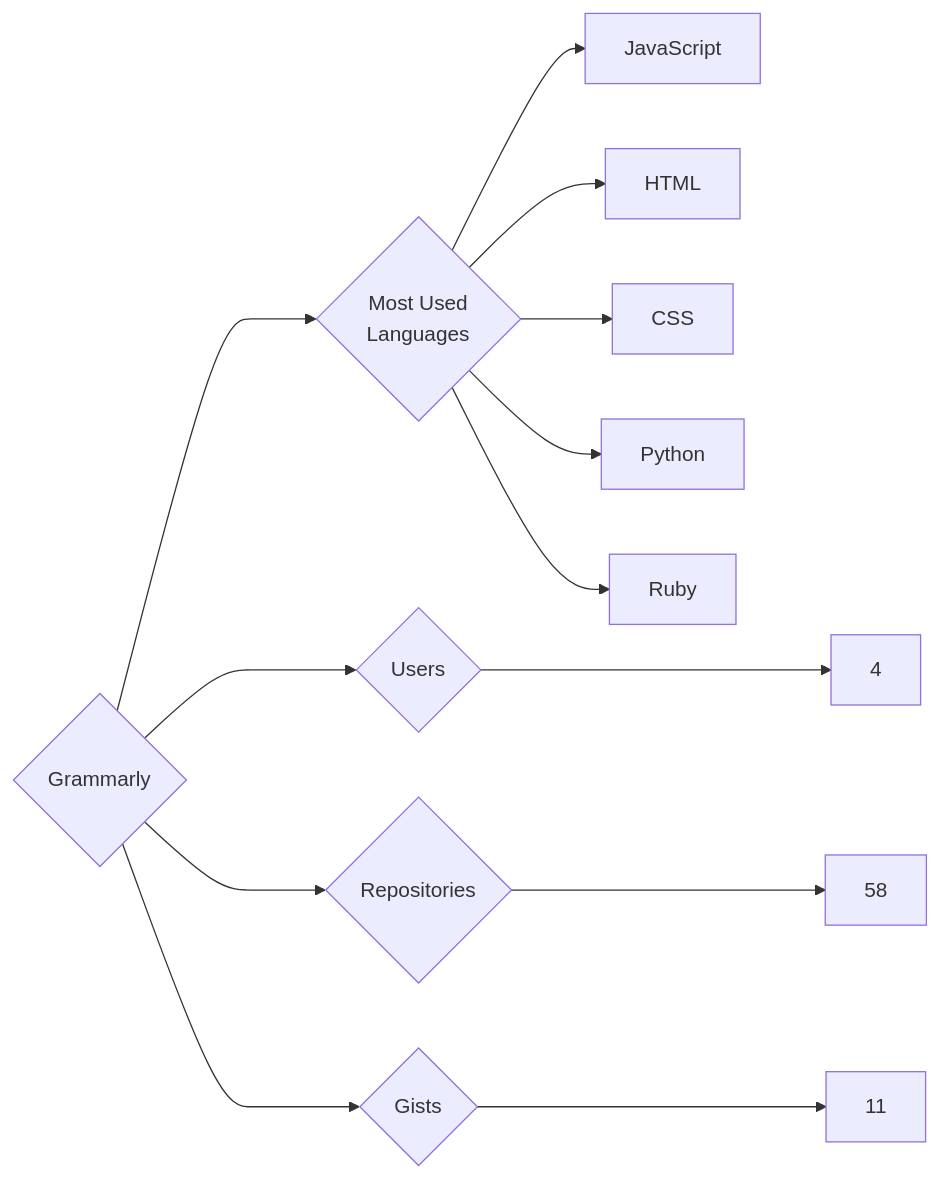
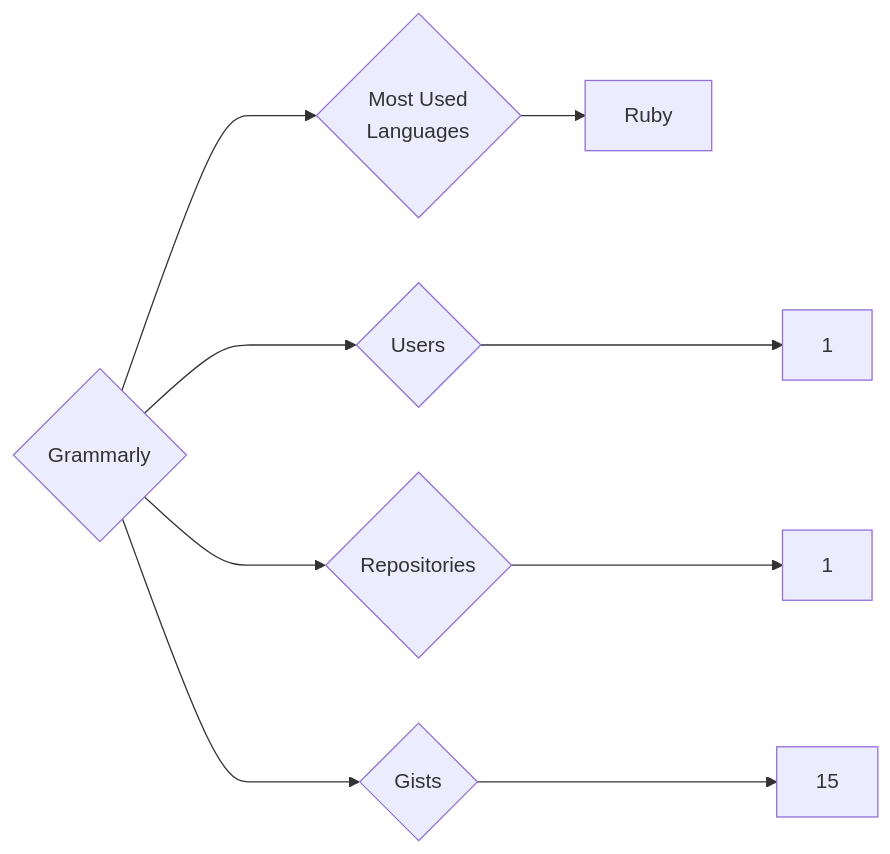
Before and after one commit to trickest/insiders: the diagram in targets/Grammarly/README.md, drawn with Mermaid. The commit also changed 559 other files, not shown here.

````diff
--- a/targets/Grammarly/README.md
+++ b/targets/Grammarly/README.md
@@ -3,13 +3,9 @@
 ```mermaid
 graph LR
 COMPANY_NAME{Grammarly}
-COMPANY_NAME ---> U{Users} ---> UN[4]
-COMPANY_NAME ---> R{Repositories} ---> RN[58]
-COMPANY_NAME ---> G{Gists} ---> GN[11]
+COMPANY_NAME ---> U{Users} ---> UN[1]
+COMPANY_NAME ---> R{Repositories} ---> RN[1]
+COMPANY_NAME ---> G{Gists} ---> GN[15]
 COMPANY_NAME ---> ML{Most Used<br>Languages}
-ML --> JavaScript[JavaScript]
-ML --> HTML[HTML]
-ML --> CSS[CSS]
-ML --> Python[Python]
 ML --> Ruby[Ruby]
 ```
````
